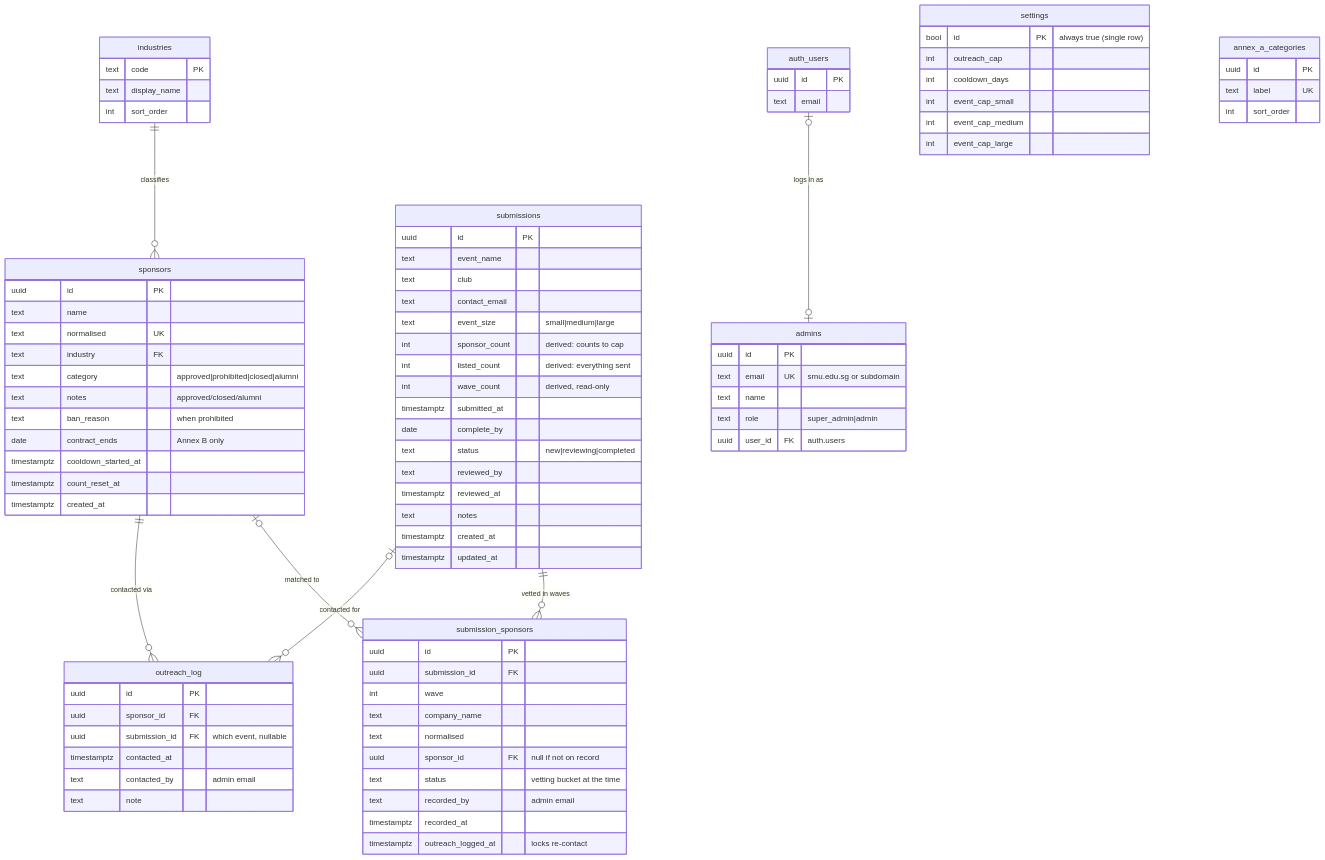
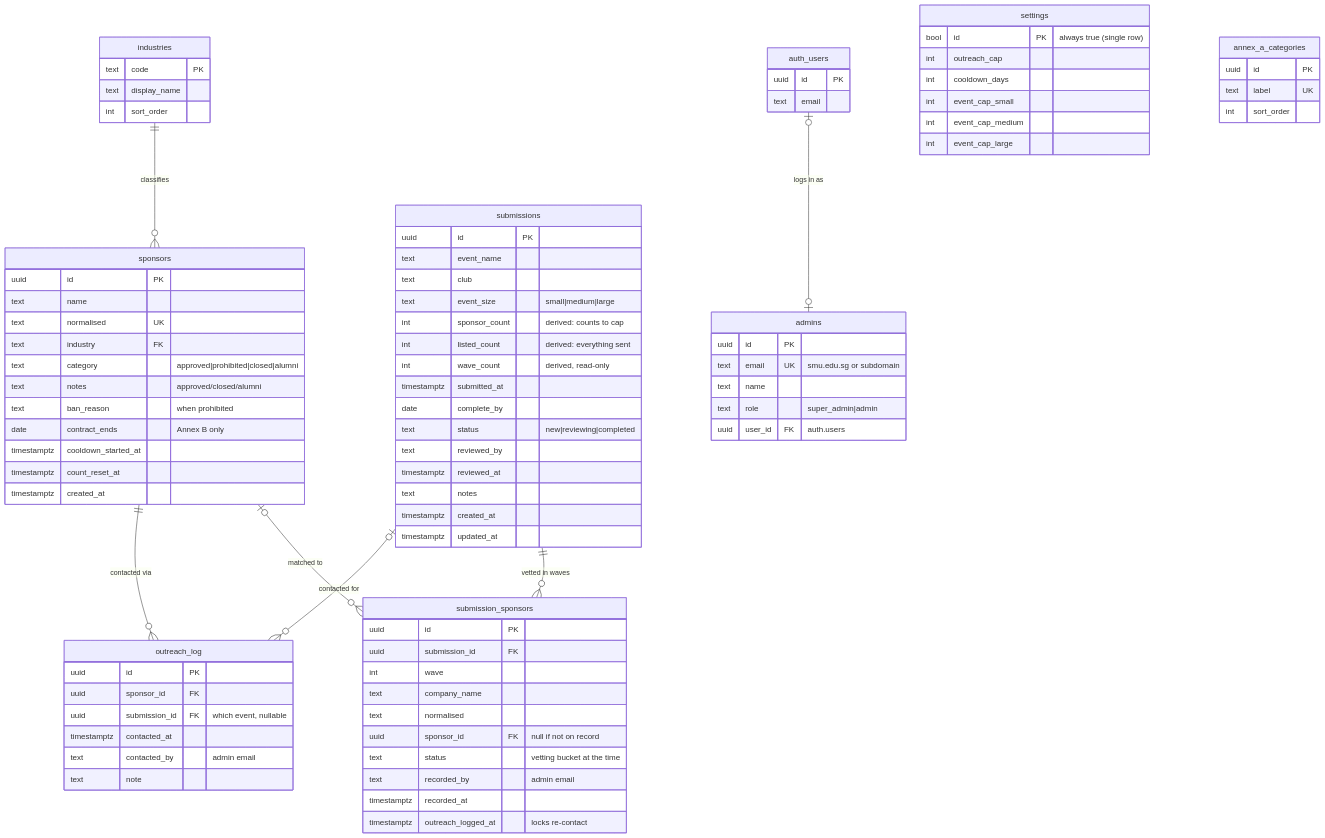
One commit to triciaaleee/BIZCOM-SponsorCheck changed the diagram in supabase/DATABASE_GUIDE.md. Above: the diagram before and after it, drawn with Mermaid. The commit also changed other lines of this file and 9 other files, not shown here.

```diff
--- a/supabase/DATABASE_GUIDE.md
+++ b/supabase/DATABASE_GUIDE.md
@@ -244,7 +244,6 @@
         uuid id PK
         text event_name
         text club
-        text contact_email
         text event_size "small|medium|large"
         int  sponsor_count "derived: counts to cap"
         int  listed_count "derived: everything sent"
```
